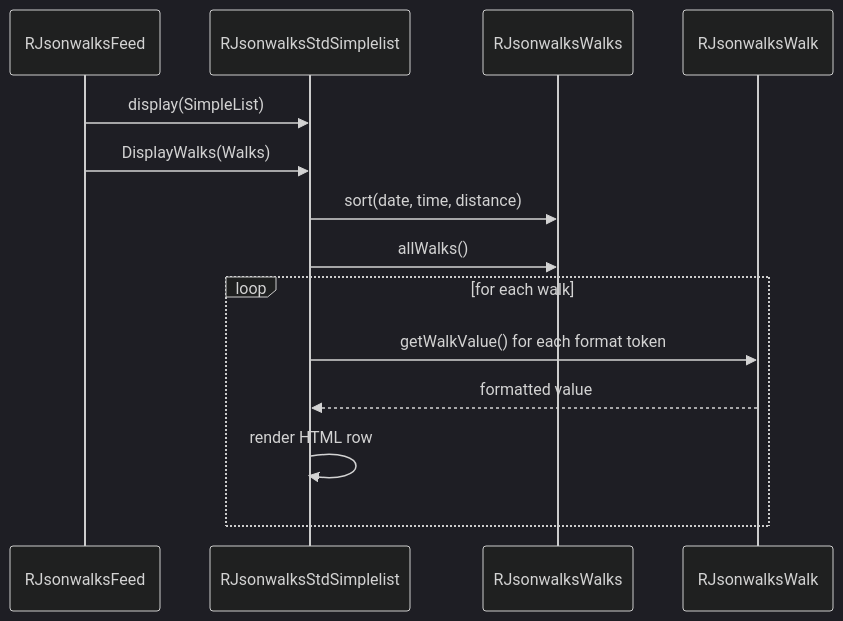
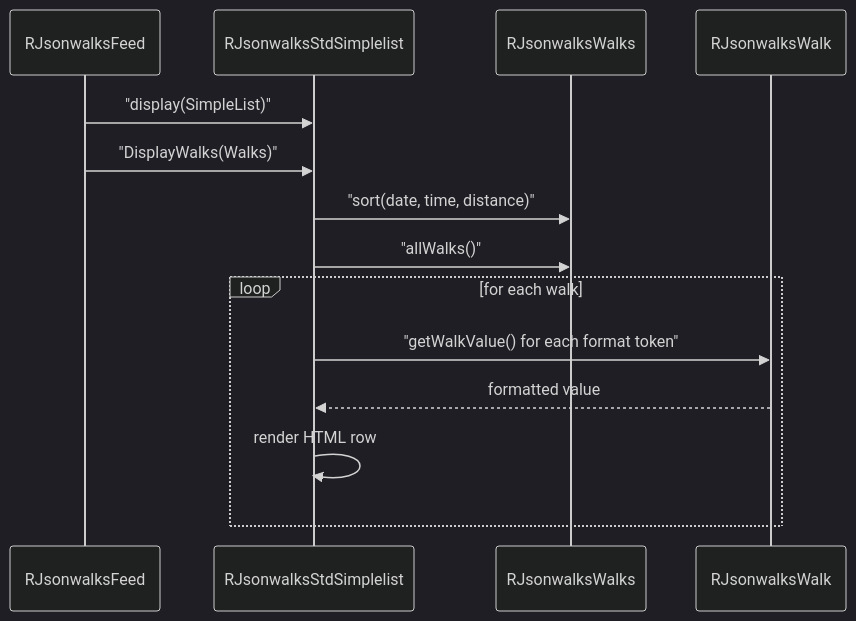
Before and after one commit to pauljrhodes/ramblers-library: the third of 3 diagrams in jsonwalks/std/HLD.md, drawn with Mermaid (dark theme). The commit also changed other lines of this file and 33 other files, not shown here.

First line of the commit message:
Normalize Mermaid diagrams for GitHub rendering (#13)

````diff
--- a/jsonwalks/std/HLD.md
+++ b/jsonwalks/std/HLD.md
@@ -219,17 +219,17 @@
 ```mermaid
 sequenceDiagram
     participant Feed as RJsonwalksFeed
     participant SimpleList as RJsonwalksStdSimplelist
     participant Walks as RJsonwalksWalks
     participant Walk as RJsonwalksWalk
 
-    Feed->>SimpleList: display(SimpleList)
-    Feed->>SimpleList: DisplayWalks(Walks)
-    SimpleList->>Walks: sort(date, time, distance)
-    SimpleList->>Walks: allWalks()
+    Feed->>SimpleList: "display(SimpleList)"
+    Feed->>SimpleList: "DisplayWalks(Walks)"
+    SimpleList->>Walks: "sort(date, time, distance)"
+    SimpleList->>Walks: "allWalks()"
     loop for each walk
-        SimpleList->>Walk: getWalkValue() for each format token
+        SimpleList->>Walk: "getWalkValue() for each format token"
         Walk-->>SimpleList: formatted value
         SimpleList->>SimpleList: render HTML row
     end
 ```
````
